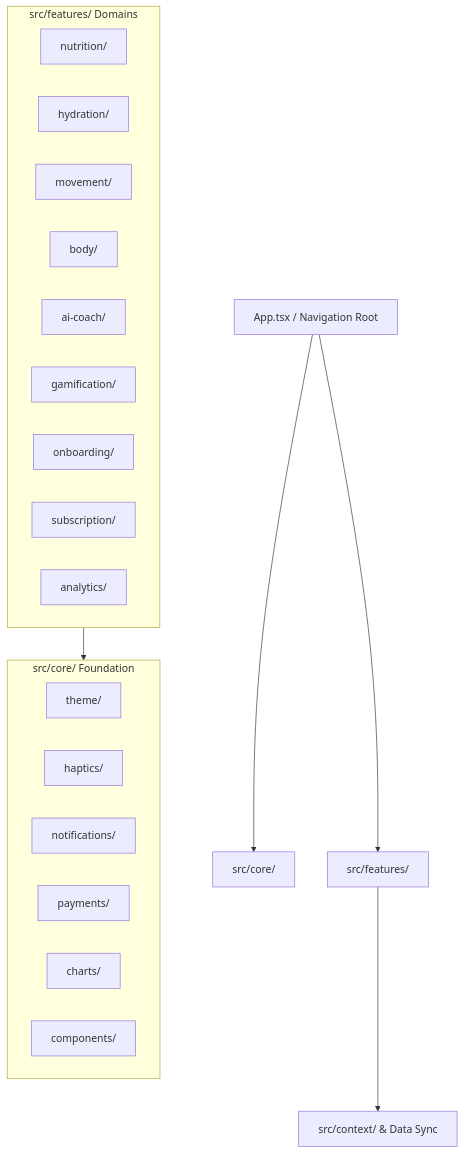
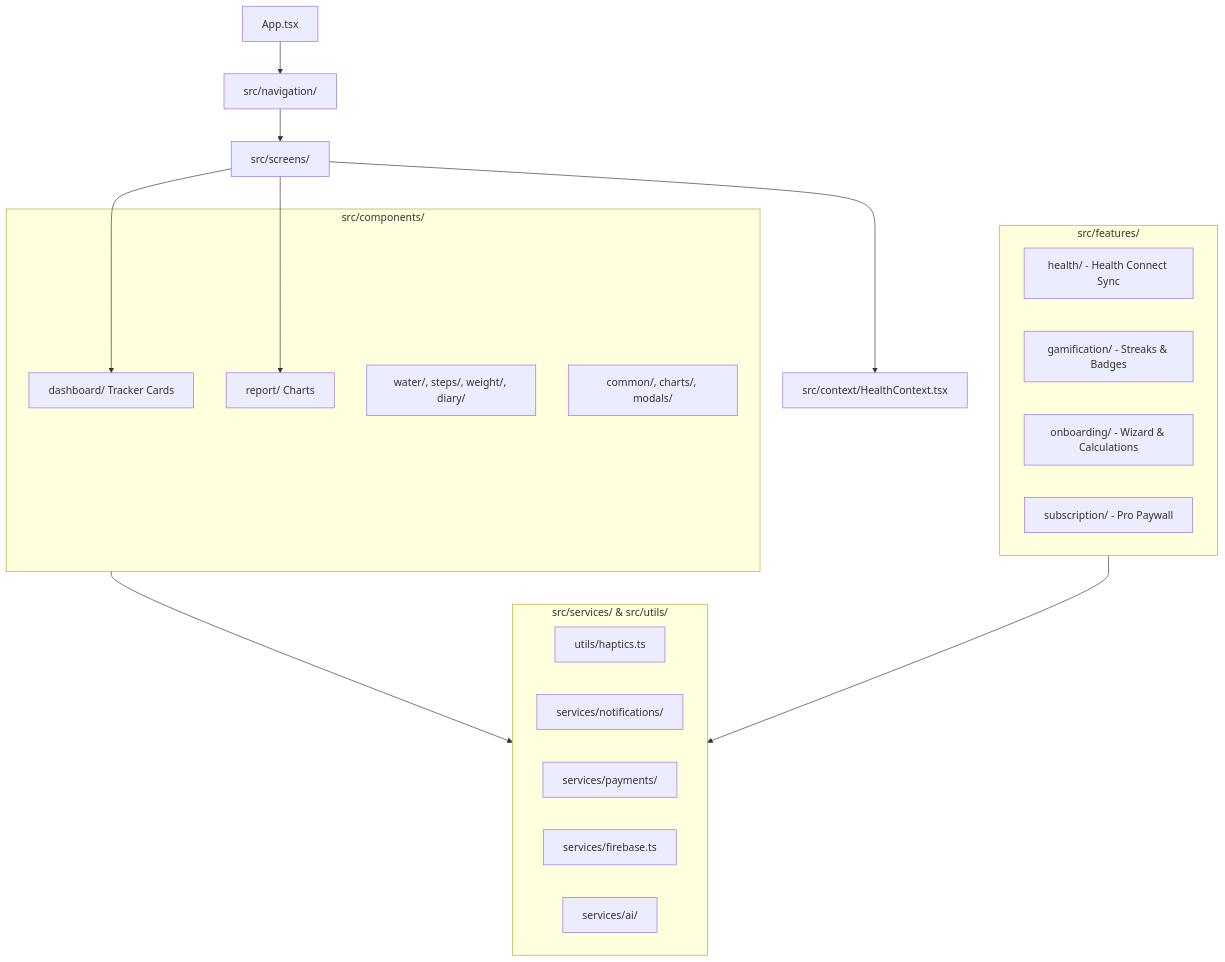
The diagram in ARCHITECTURE.md (naveencreation/Health), drawn with Mermaid before and after one commit. The commit also changed other lines of this file and 46 other files, not shown here.

````diff
--- a/ARCHITECTURE.md
+++ b/ARCHITECTURE.md
@@ -19,29 +18,33 @@
 ```mermaid
 graph TD
-    App[App.tsx / Navigation Root] --> Core[src/core/]
-    App --> Features[src/features/]
+    App[App.tsx] --> Navigation[src/navigation/]
+    Navigation --> Screens[src/screens/]
+    Screens --> Trackers[The 4 Health Trackers]
+    Screens --> Reports[Report & Analytics Charts]
     
-    subgraph CoreEngine [src/core/ Foundation]
-        Theme[theme/]
-        Haptics[haptics/]
-        Notifs[notifications/]
-        Payments[payments/]
-        Charts[charts/]
-        UI[components/]
+    subgraph TrackersAndUI [src/components/]
+        Trackers[dashboard/ Tracker Cards]
+        DetailViews[water/, steps/, weight/, diary/]
+        Reports[report/ Charts]
+        SharedUI[common/, charts/, modals/]
     end
 
-    subgraph FeatureSlices [src/features/ Domains]
-        Nutrition[nutrition/]
-        Hydration[hydration/]
-        Movement[movement/]
-        Body[body/]
-        AICoach[ai-coach/]
-        Gamification[gamification/]
-        Onboarding[onboarding/]
-        Subscription[subscription/]
-        Analytics[analytics/]
+    subgraph BusinessFeatures [src/features/]
+        HealthConnect[health/ - Health Connect Sync]
+        Gamification[gamification/ - Streaks & Badges]
+        Onboarding[onboarding/ - Wizard & Calculations]
+        Subscription[subscription/ - Pro Paywall]
     end
 
-    FeatureSlices --> CoreEngine
-    Features --> Context[src/context/ & Data Sync]
+    subgraph SystemEngines [src/services/ & src/utils/]
+        Haptics[utils/haptics.ts]
+        Notifs[services/notifications/]
+        Payments[services/payments/]
+        Firebase[services/firebase.ts]
+        RiaAI[services/ai/]
+    end
+
+    TrackersAndUI --> SystemEngines
+    BusinessFeatures --> SystemEngines
+    Screens --> Context[src/context/HealthContext.tsx]
 ```
````
